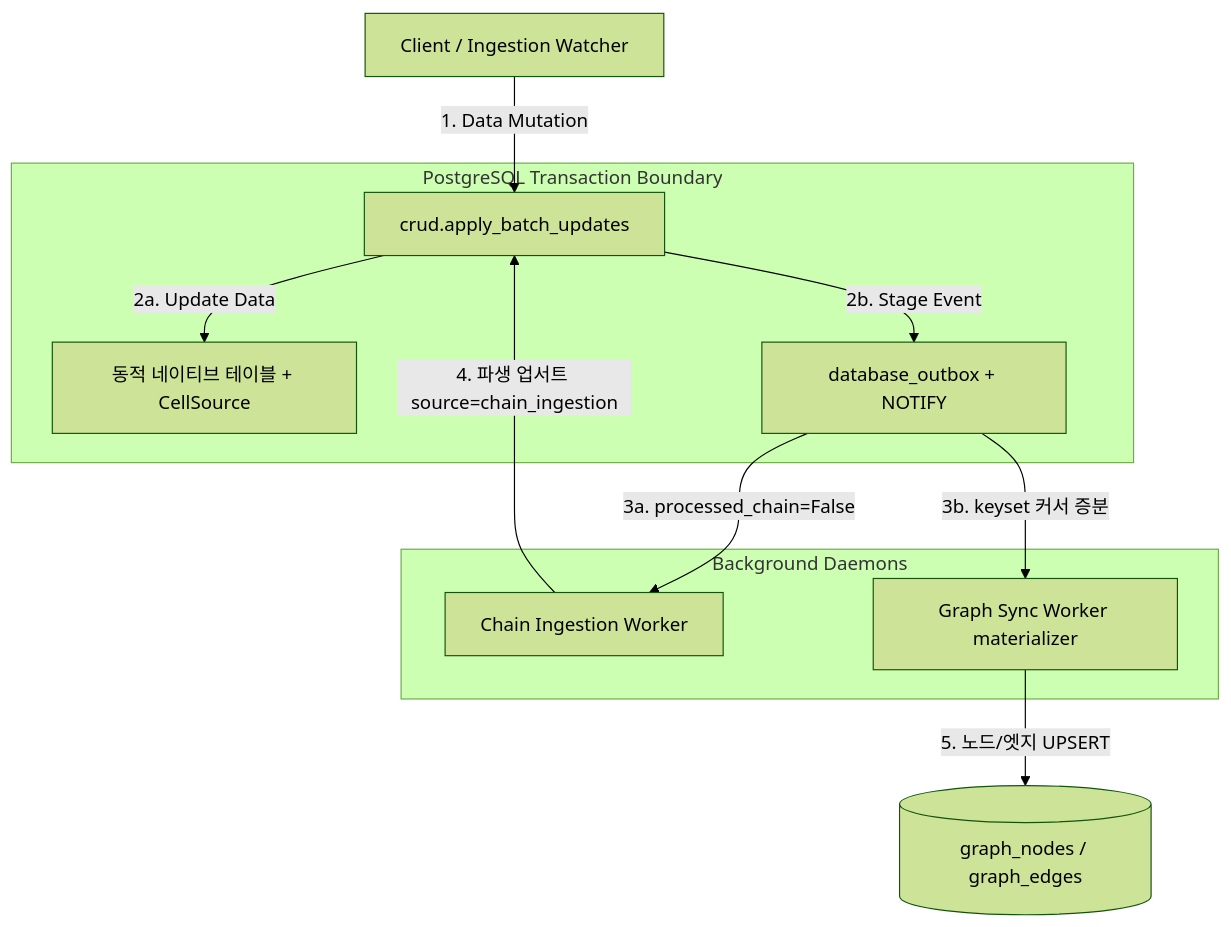
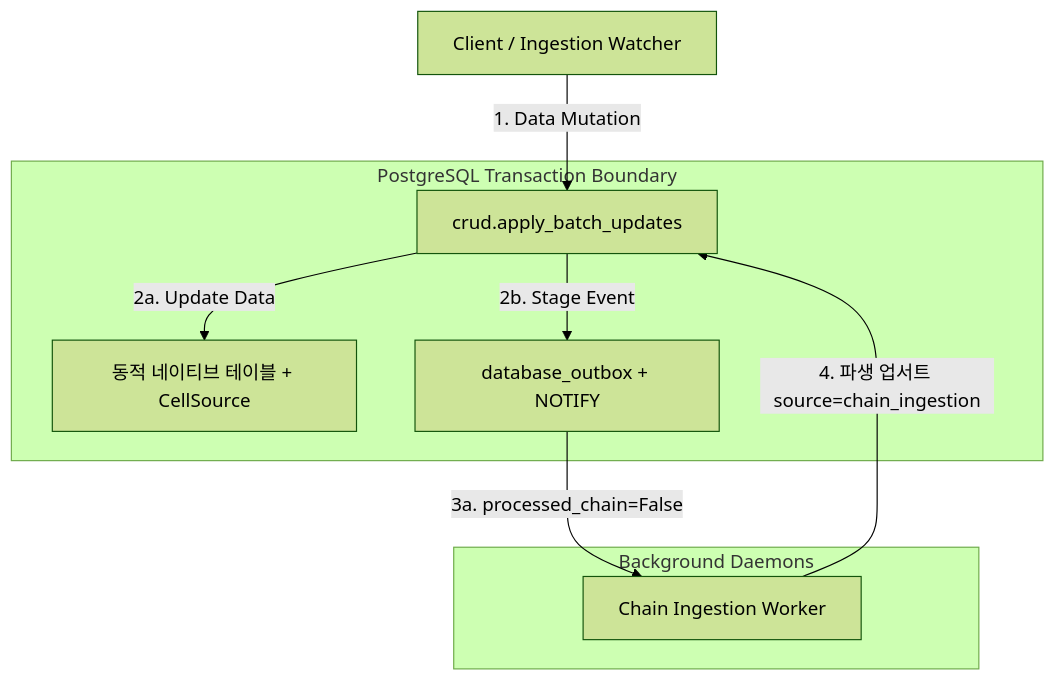
One commit to tiger4432/tableManager changed the diagram in docs/architecture/event_driven_backend.md. Above: the diagram before and after it, drawn with Mermaid (forest theme). The commit also changed other lines of this file and 29 other files, not shown here.

````diff
--- a/docs/architecture/event_driven_backend.md
+++ b/docs/architecture/event_driven_backend.md
@@ -17,17 +19,15 @@
 ```mermaid
 graph TD
     Client[Client / Ingestion Watcher] -->|1. Data Mutation| Upsert[crud.apply_batch_updates]
 
     subgraph PostgreSQL Transaction Boundary
         Upsert -->|2a. Update Data| Tables[동적 네이티브 테이블 + CellSource]
         Upsert -->|2b. Stage Event| Outbox[database_outbox + NOTIFY]
     end
 
     subgraph Background Daemons
         Outbox -->|3a. processed_chain=False| ChainWorker[Chain Ingestion Worker]
-        Outbox -->|3b. keyset 커서 증분| GraphWorker[Graph Sync Worker materializer]
     end
 
     ChainWorker -->|4. 파생 업서트 source=chain_ingestion| Upsert
-    GraphWorker -->|5. 노드/엣지 UPSERT| GraphStore[(graph_nodes / graph_edges)]
 ```
````
